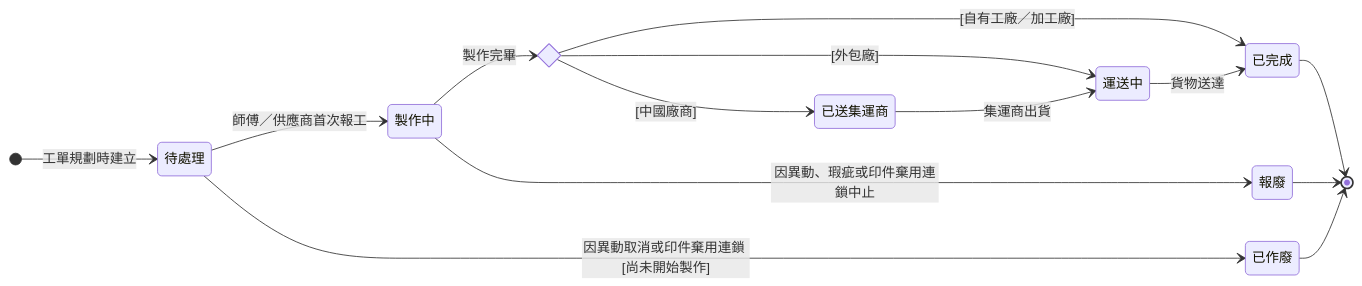
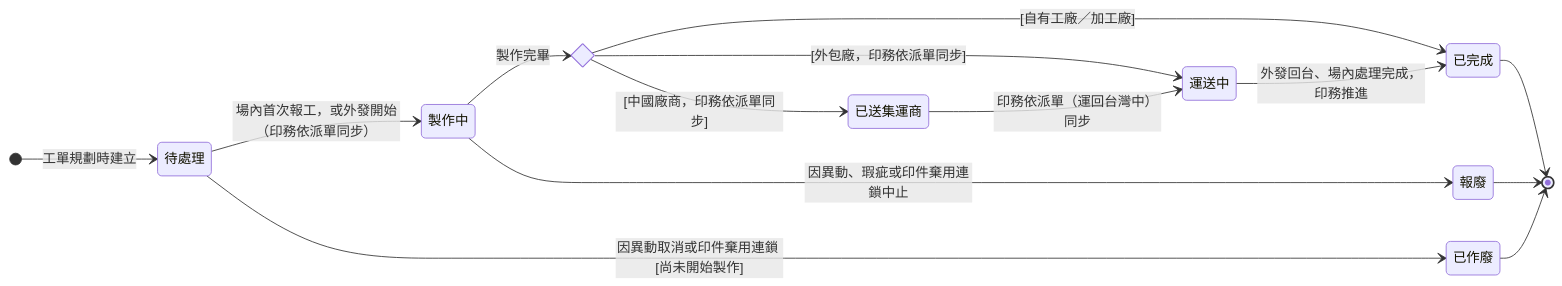
The diagram in memory/Sens_wiki/wiki/erp/06-state-machines/生產任務狀態.md (Kawato-Miles/erp-spec), drawn with Mermaid before and after one commit. The commit also changed other lines of this file and 9 other files, not shown here.

Commit message:
feat: 生產第二輪固化——中國線三實體(派單/派單狀態/貨運單)新卡 + 生產任務狀態外發物流框架修正 + as-is/to-be UML 泳道 insight

````diff
--- a/memory/Sens_wiki/wiki/erp/06-state-machines/生產任務狀態.md
+++ b/memory/Sens_wiki/wiki/erp/06-state-machines/生產任務狀態.md
@@ -50,30 +54,30 @@
 ```mermaid
 stateDiagram-v2
     direction LR
 
     [*] --> s_pending : 工單規劃時建立
 
     state "待處理" as s_pending
     state "製作中" as s_making
     state "已送集運商" as s_consolidator
     state "運送中" as s_shipping
     state "已完成" as s_done
     state "已作廢" as s_void
     state "報廢" as s_scrap
     state route <<choice>>
 
-    s_pending --> s_making : 師傅／供應商首次報工
+    s_pending --> s_making : 場內首次報工，或外發開始（印務依派單同步）
     s_making --> route : 製作完畢
     route --> s_done : [自有工廠／加工廠]
-    route --> s_shipping : [外包廠]
-    route --> s_consolidator : [中國廠商]
-    s_consolidator --> s_shipping : 集運商出貨
-    s_shipping --> s_done : 貨物送達
+    route --> s_shipping : [外包廠，印務依派單同步]
+    route --> s_consolidator : [中國廠商，印務依派單同步]
+    s_consolidator --> s_shipping : 印務依派單（運回台灣中）同步
+    s_shipping --> s_done : 外發回台、場內處理完成，印務推進
 
     s_pending --> s_void : 因異動取消或印件棄用連鎖 [尚未開始製作]
     s_making --> s_scrap : 因異動、瑕疵或印件棄用連鎖中止
 
     s_done --> [*]
     s_void --> [*]
     s_scrap --> [*]
 ```
````
